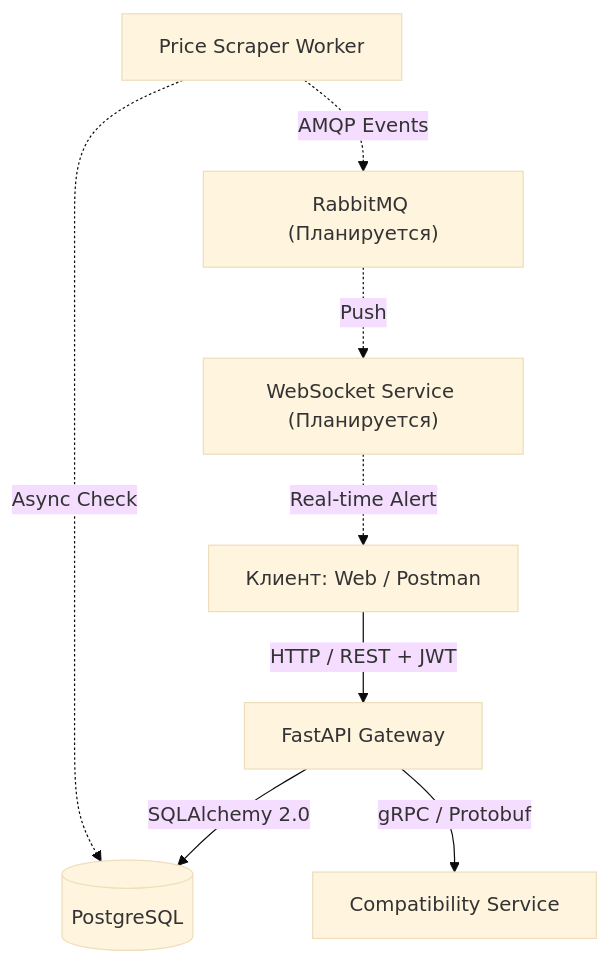
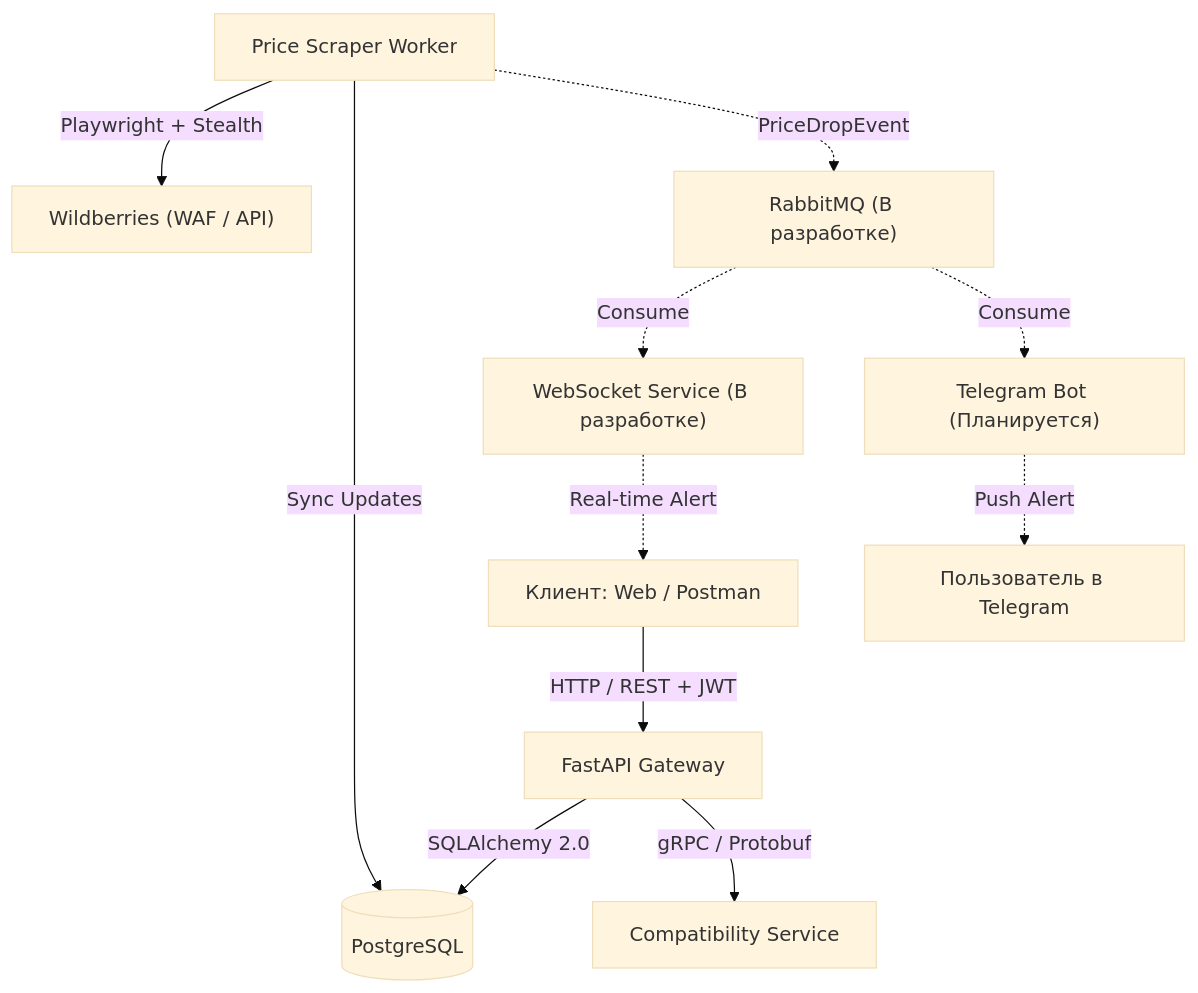
The diagram in readme.md (vikab0yk0/pc_tracker), drawn with Mermaid (base theme) before and after one commit. The commit also changed other lines of this file and 12 other files, not shown here.

````diff
--- a/readme.md
+++ b/readme.md
@@ -14,11 +15,16 @@
 ```mermaid
 graph TD
     Client["Клиент: Web / Postman"] -->|HTTP / REST + JWT| API["FastAPI Gateway"]
     API -->|SQLAlchemy 2.0| DB[("PostgreSQL")]
     API -->|gRPC / Protobuf| GRPC["Compatibility Service"]
     
-    Worker["Price Scraper Worker"] -.->|Async Check| DB
-    Worker -.->|AMQP Events| Broker["RabbitMQ (Планируется)"]
-    Broker -.->|Push| WS["WebSocket Service (Планируется)"]
+    Worker["Price Scraper Worker"] -->|Playwright + Stealth| WB["Wildberries (WAF / API)"]
+    Worker -->|Sync Updates| DB
+    Worker -.->|PriceDropEvent| Broker["RabbitMQ (В разработке)"]
+
+    Broker -.->|Consume| WS["WebSocket Service (В разработке)"]
     WS -.->|Real-time Alert| Client
+
+    Broker -.->|Consume| TG["Telegram Bot (Планируется)"]
+    TG -.->|Push Alert| UserTG["Пользователь в Telegram"]
 ```
````
